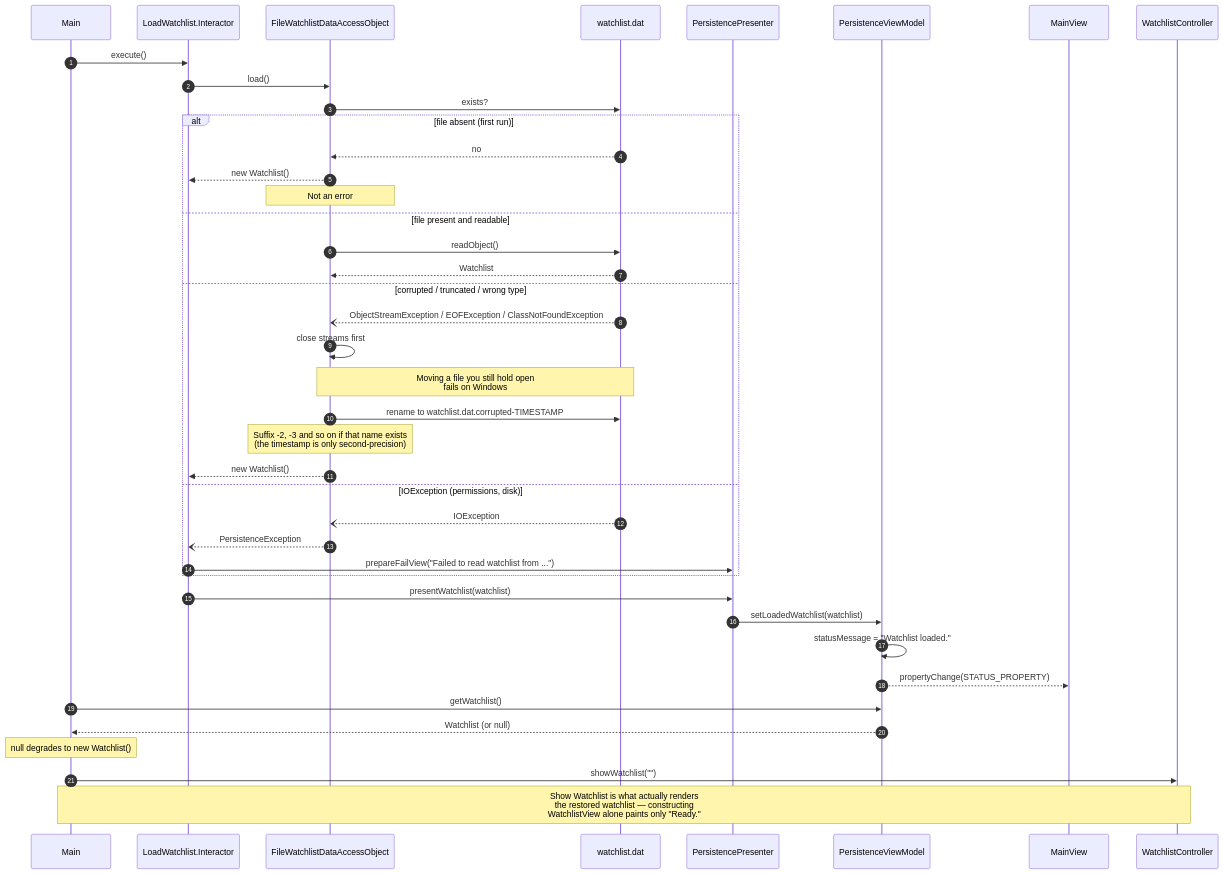
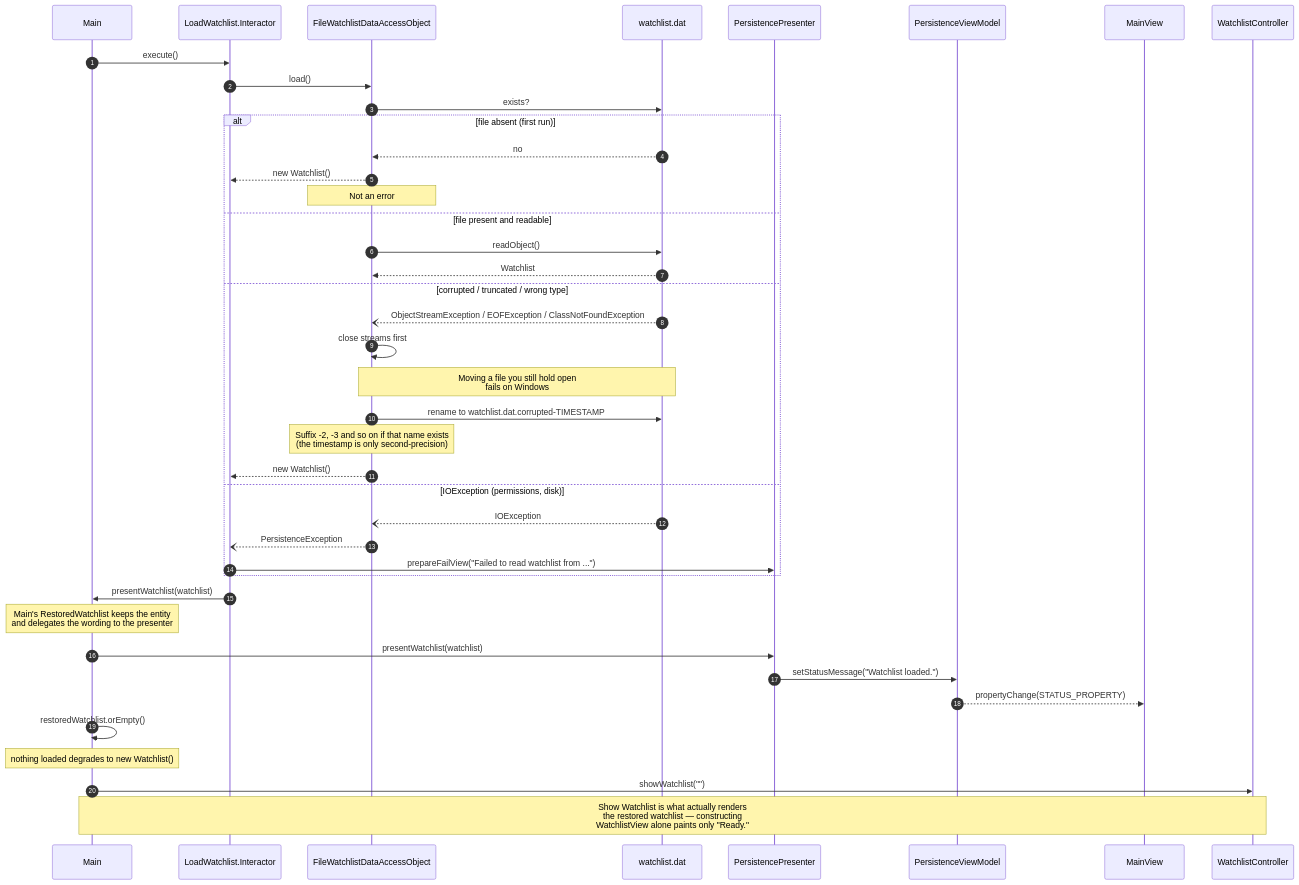
The third of 3 diagrams in docs/sequence-diagrams.md (AbhirveM/csc207-team-8-final), drawn with Mermaid before and after one commit. The commit also changed other lines of this file and 43 other files, not shown here.

````diff
--- a/docs/sequence-diagrams.md
+++ b/docs/sequence-diagrams.md
@@ -160,48 +168,48 @@
 ```mermaid
 sequenceDiagram
     autonumber
     participant Main
     participant Int as LoadWatchlist.Interactor
     participant DAO as FileWatchlistDataAccessObject
     participant FS as watchlist.dat
     participant Pres as PersistencePresenter
     participant VM as PersistenceViewModel
     participant MainView
     participant WLCtrl as WatchlistController
 
     Main->>Int: execute()
     Int->>DAO: load()
     DAO->>FS: exists?
 
     alt file absent (first run)
         FS-->>DAO: no
         DAO-->>Int: new Watchlist()
         Note over DAO: Not an error
     else file present and readable
         DAO->>FS: readObject()
         FS-->>DAO: Watchlist
     else corrupted / truncated / wrong type
         FS--)DAO: ObjectStreamException / EOFException / ClassNotFoundException
         DAO->>DAO: close streams first
         Note over DAO,FS: Moving a file you still hold open<br/>fails on Windows
         DAO->>FS: rename to watchlist.dat.corrupted-TIMESTAMP
         Note over DAO: Suffix -2, -3 and so on if that name exists<br/>(the timestamp is only second-precision)
         DAO-->>Int: new Watchlist()
     else IOException (permissions, disk)
         FS--)DAO: IOException
         DAO--)Int: PersistenceException
         Int->>Pres: prepareFailView("Failed to read watchlist from ...")
     end
 
-    Int->>Pres: presentWatchlist(watchlist)
-    Pres->>VM: setLoadedWatchlist(watchlist)
-    VM->>VM: statusMessage = "Watchlist loaded."
+    Int->>Main: presentWatchlist(watchlist)
+    Note over Main: Main's RestoredWatchlist keeps the entity<br/>and delegates the wording to the presenter
+    Main->>Pres: presentWatchlist(watchlist)
+    Pres->>VM: setStatusMessage("Watchlist loaded.")
     VM-->>MainView: propertyChange(STATUS_PROPERTY)
 
-    Main->>VM: getWatchlist()
-    VM-->>Main: Watchlist (or null)
-    Note over Main: null degrades to new Watchlist()
+    Main->>Main: restoredWatchlist.orEmpty()
+    Note over Main: nothing loaded degrades to new Watchlist()
 
     Main->>WLCtrl: showWatchlist("")
     Note over Main,WLCtrl: Show Watchlist is what actually renders<br/>the restored watchlist — constructing<br/>WatchlistView alone paints only "Ready."
 ```
````
